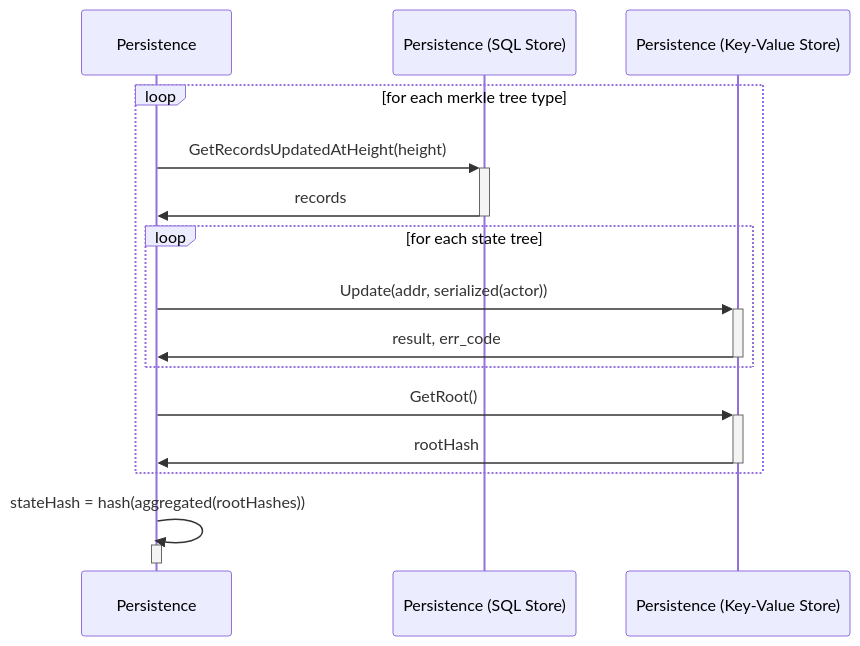
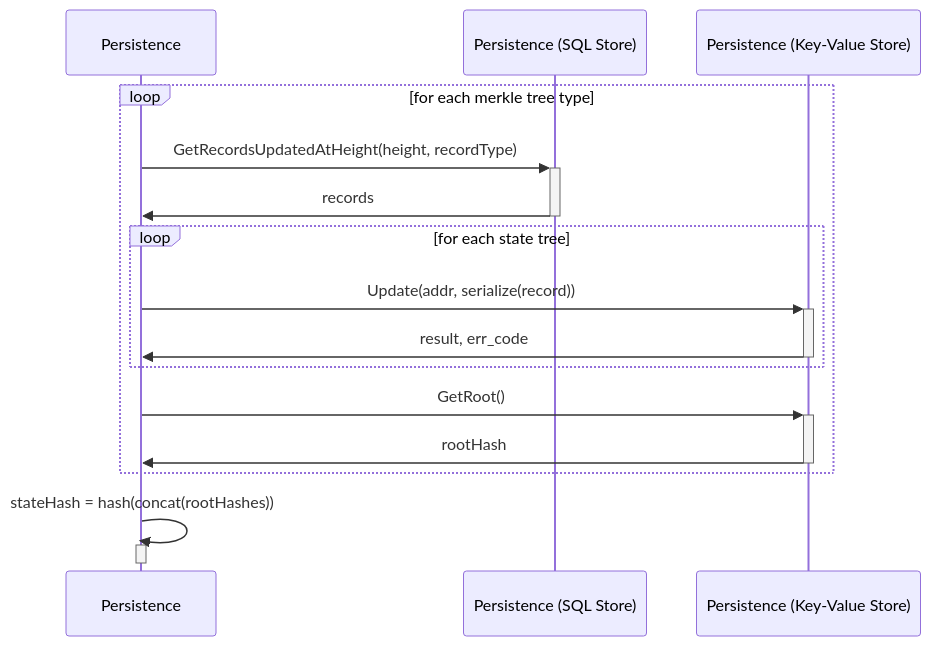
Before and after one commit to pokt-network/pocket: the first of 2 diagrams in persistence/docs/PROTOCOL_STATE_HASH.md, drawn with Mermaid. The commit also changed other lines of this file, not shown here.

````diff
--- a/persistence/docs/PROTOCOL_STATE_HASH.md
+++ b/persistence/docs/PROTOCOL_STATE_HASH.md
@@ -70,21 +74,21 @@
 ```mermaid
 sequenceDiagram
     participant P as Persistence
     participant PSQL as Persistence (SQL Store)
     participant PKV as Persistence (Key-Value Store)
 
     loop for each merkle tree type
-        P->>+PSQL: GetRecordsUpdatedAtHeight(height)
+        P->>+PSQL: GetRecordsUpdatedAtHeight(height, recordType)
         PSQL->>-P: records
         loop for each state tree
-            P->>+PKV: Update(addr, serialized(actor))
+            P->>+PKV: Update(addr, serialize(record))
             PKV->>-P: result, err_code
         end
         P->>+PKV: GetRoot()
         PKV->>-P: rootHash
     end
 
-    P->>P: stateHash = hash(aggregated(rootHashes))
+    P->>P: stateHash = hash(concat(rootHashes))
     activate P
     deactivate P
 ```
````
